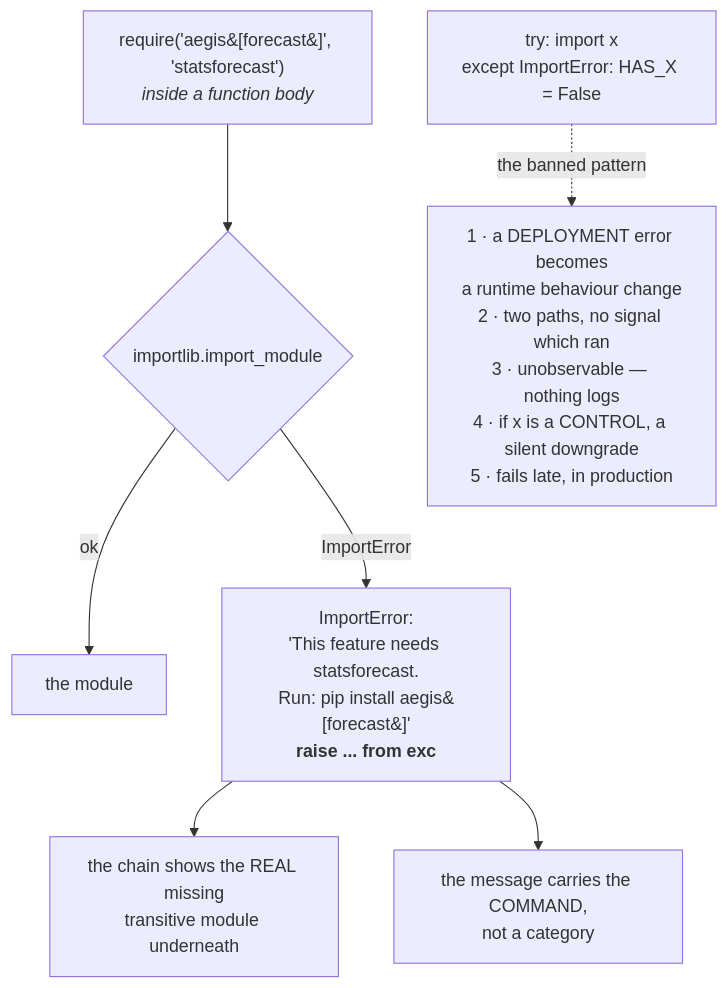
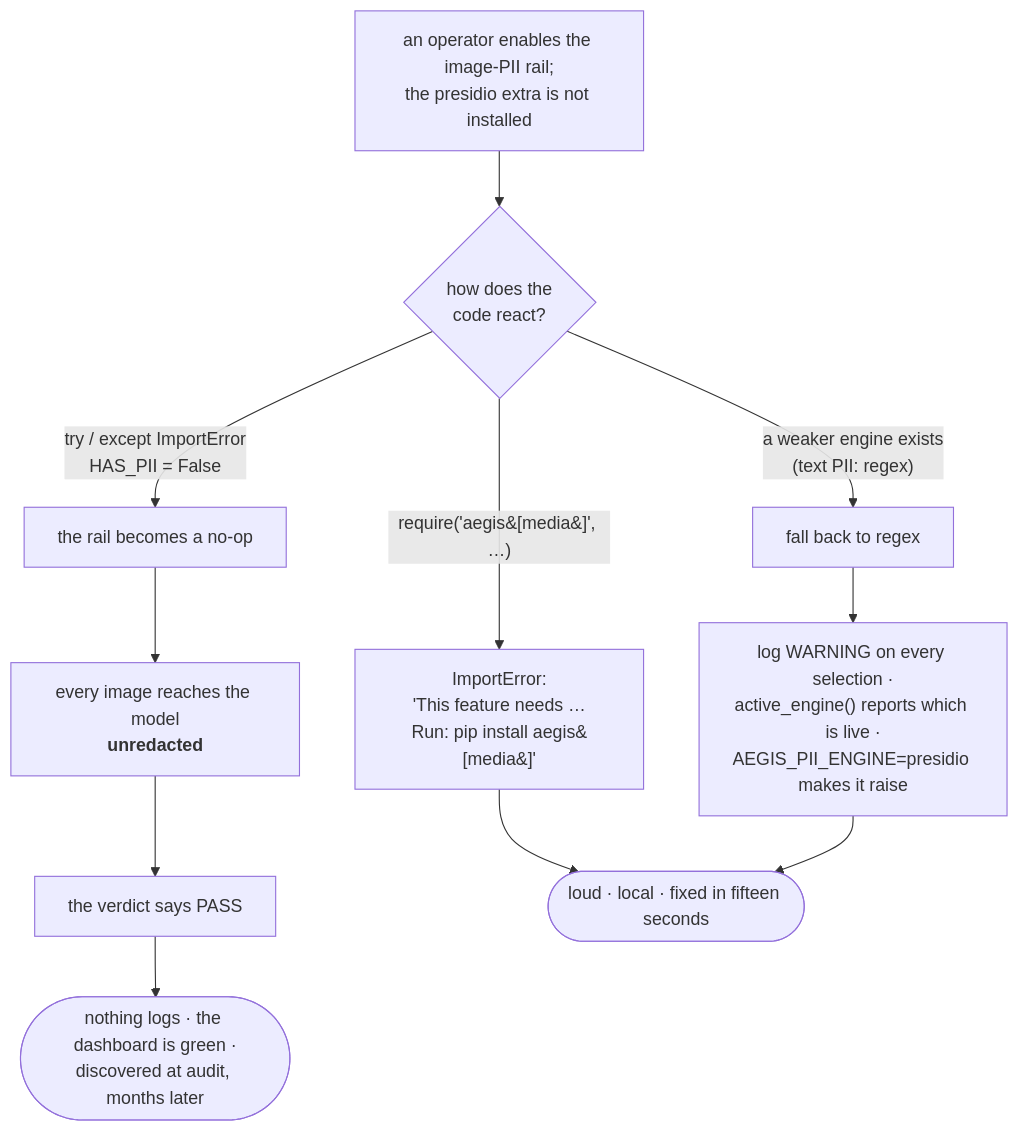
Before and after one commit to yrevash/aegis: the second of 5 diagrams in docs/teaching/core/40-diagrams.md, drawn with Mermaid. The commit also changed other lines of this file and 111 other files, not shown here.

````diff
--- a/docs/teaching/core/40-diagrams.md
+++ b/docs/teaching/core/40-diagrams.md
@@ -73,13 +78,16 @@
 ```mermaid
 flowchart TB
-    CALL["require('aegis&#91;forecast&#93;', 'statsforecast')<br/><i>inside a function body</i>"] --> TRY{"importlib.import_module"}
+    START["an operator enables the image-PII rail;<br/>the presidio extra is not installed"] --> WHICH{"how does the<br/>code react?"}
 
-    TRY -->|ok| MOD["the module"]
-    TRY -->|ImportError| RAISE["ImportError:<br/>'This feature needs statsforecast.<br/>Run: pip install aegis&#91;forecast&#93;'<br/><b>raise ... from exc</b>"]
+    WHICH -->|"try / except ImportError<br/>HAS_PII = False"| S1["the rail becomes a no-op"]
+    S1 --> S2["every image reaches the model<br/><b>unredacted</b>"]
+    S2 --> S3["the verdict says PASS"]
+    S3 --> S4(["nothing logs · the dashboard is green ·<br/>discovered at audit, months later"])
 
-    RAISE --> CHAIN["the chain shows the REAL missing<br/>transitive module underneath"]
-    RAISE --> FIX["the message carries the COMMAND,<br/>not a category"]
+    WHICH -->|"require('aegis&#91;media&#93;', …)"| R1["ImportError:<br/>'This feature needs …<br/>Run: pip install aegis&#91;media&#93;'"]
+    R1 --> R2(["loud · local · fixed in fifteen seconds"])
 
-    BAD["try: import x<br/>except ImportError: HAS_X = False"] -.->|"the banned pattern"| HARM
-    HARM["1 · a DEPLOYMENT error becomes<br/>a runtime behaviour change<br/>2 · two paths, no signal which ran<br/>3 · unobservable — nothing logs<br/>4 · if x is a CONTROL, a silent downgrade<br/>5 · fails late, in production"]
+    WHICH -->|"a weaker engine exists<br/>(text PII: regex)"| D1["fall back to regex"]
+    D1 --> D2["log WARNING on every selection ·<br/>active_engine() reports which is live ·<br/>AEGIS_PII_ENGINE=presidio makes it raise"]
+    D2 --> R2
 ```
````
